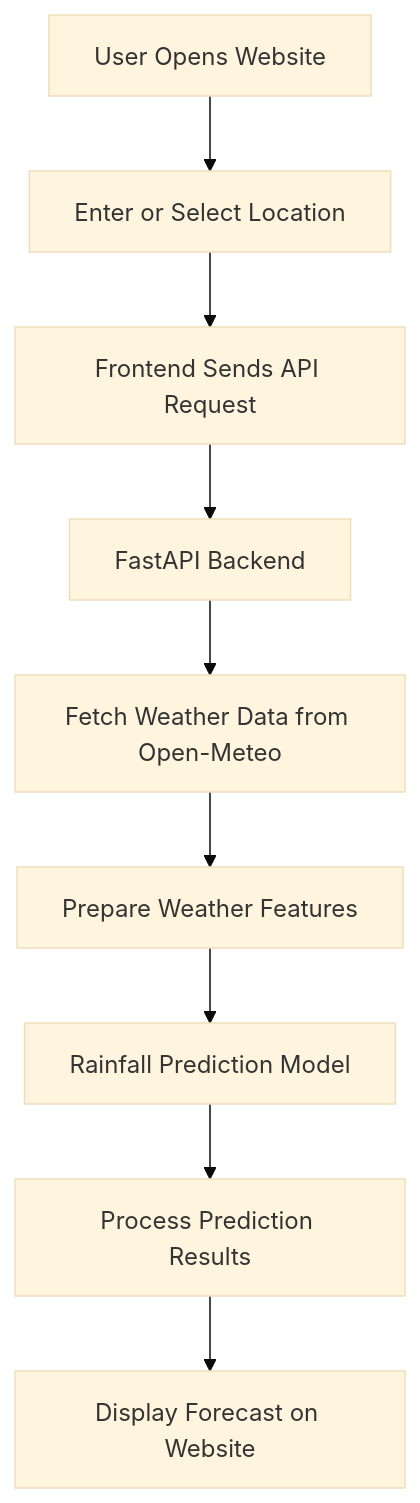
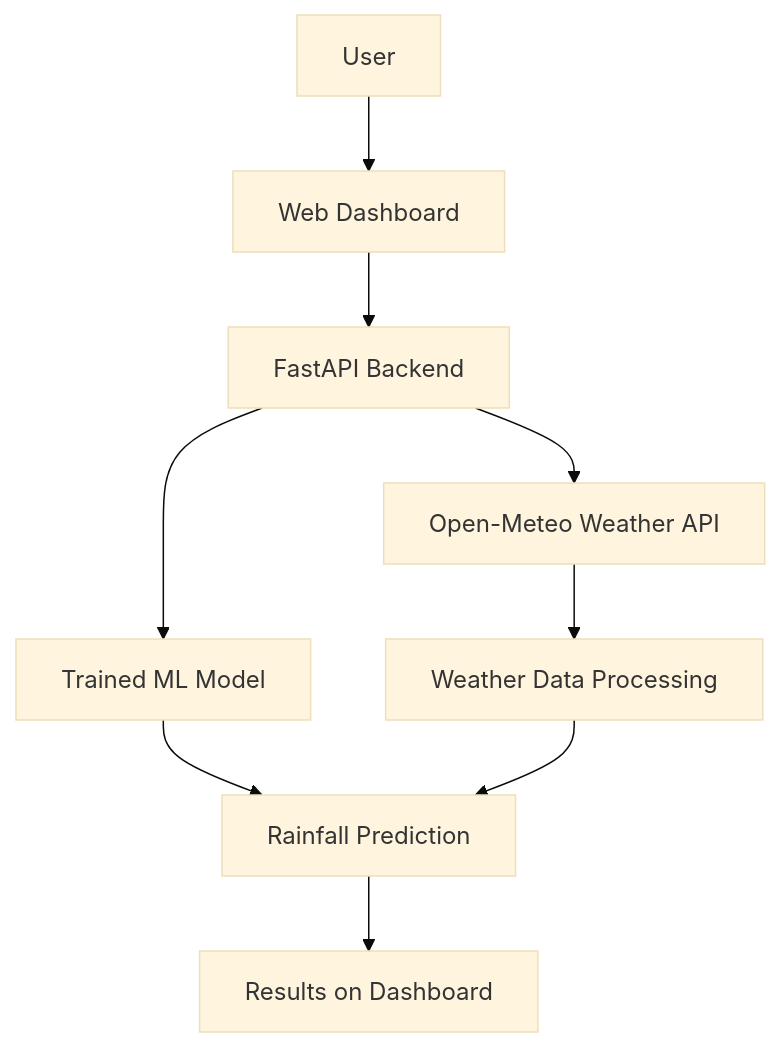
Before and after one commit to manjot15058-ux/Rainfall-Prediction-System: the diagram in README.md, drawn with Mermaid (base theme). The commit also changed other lines of this file, not shown here.

First line of the commit message:
README for Smart Rainfall Prediction System

````diff
--- a/README.md
+++ b/README.md
@@ -38,11 +59,11 @@
 ```mermaid
 flowchart TD
-    A[User Opens Website] --> B[Enter or Select Location]
-    B --> C[Frontend Sends API Request]
-    C --> D[FastAPI Backend]
-    D --> E[Fetch Weather Data from Open-Meteo]
-    E --> F[Prepare Weather Features]
-    F --> G[Rainfall Prediction Model]
-    G --> H[Process Prediction Results]
-    H --> I[Display Forecast on Website]
+    A[User] --> B[Web Dashboard]
+    B --> C[FastAPI Backend]
+    C --> D[Open-Meteo Weather API]
+    C --> E[Trained ML Model]
+    D --> F[Weather Data Processing]
+    E --> G[Rainfall Prediction]
+    F --> G
+    G --> H[Results on Dashboard]
 ```
````
